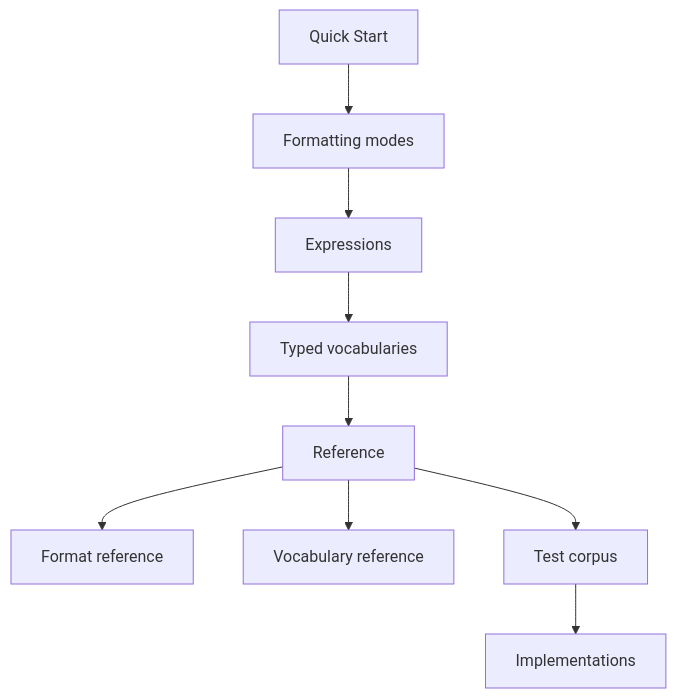
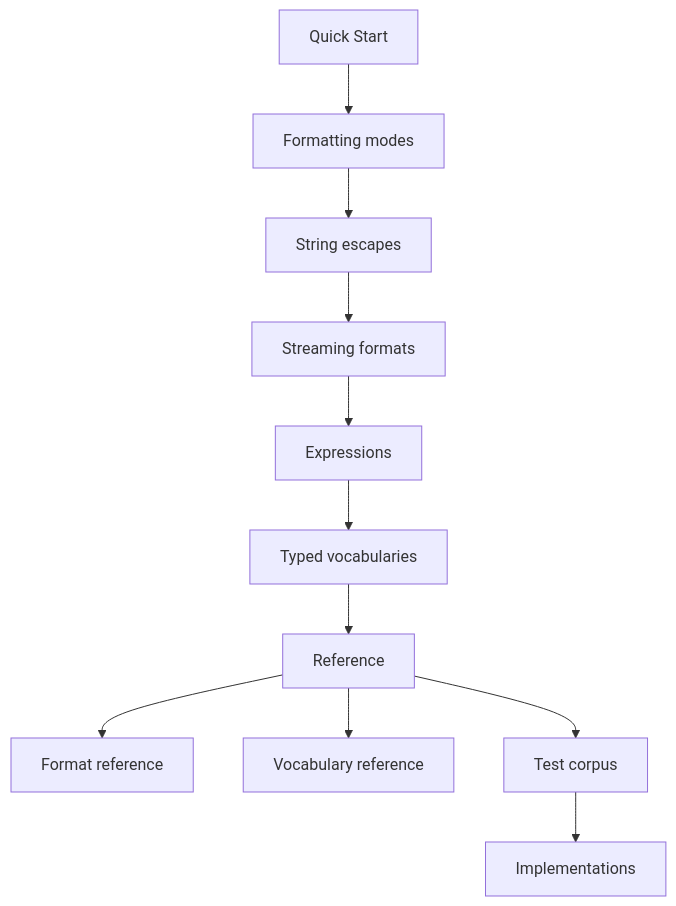
One commit to starfederation/ron changed the diagram in README.md. Above: the diagram before and after it, drawn with Mermaid. The commit also changed other lines of this file and 68 other files, not shown here.

Commit message:
feat: add JSON escapes and stream formats

````diff
--- a/README.md
+++ b/README.md
@@ -41,11 +44,13 @@
 ```mermaid
 flowchart TD
   quick[Quick Start] --> formatting[Formatting modes]
-  formatting --> expressions[Expressions]
+  formatting --> escaping[String escapes]
+  escaping --> streaming[Streaming formats]
+  streaming --> expressions[Expressions]
   expressions --> typed[Typed vocabularies]
   typed --> reference[Reference]
   reference --> format[Format reference]
   reference --> vocab[Vocabulary reference]
   reference --> corpus[Test corpus]
   corpus --> implementations[Implementations]
 ```
````
